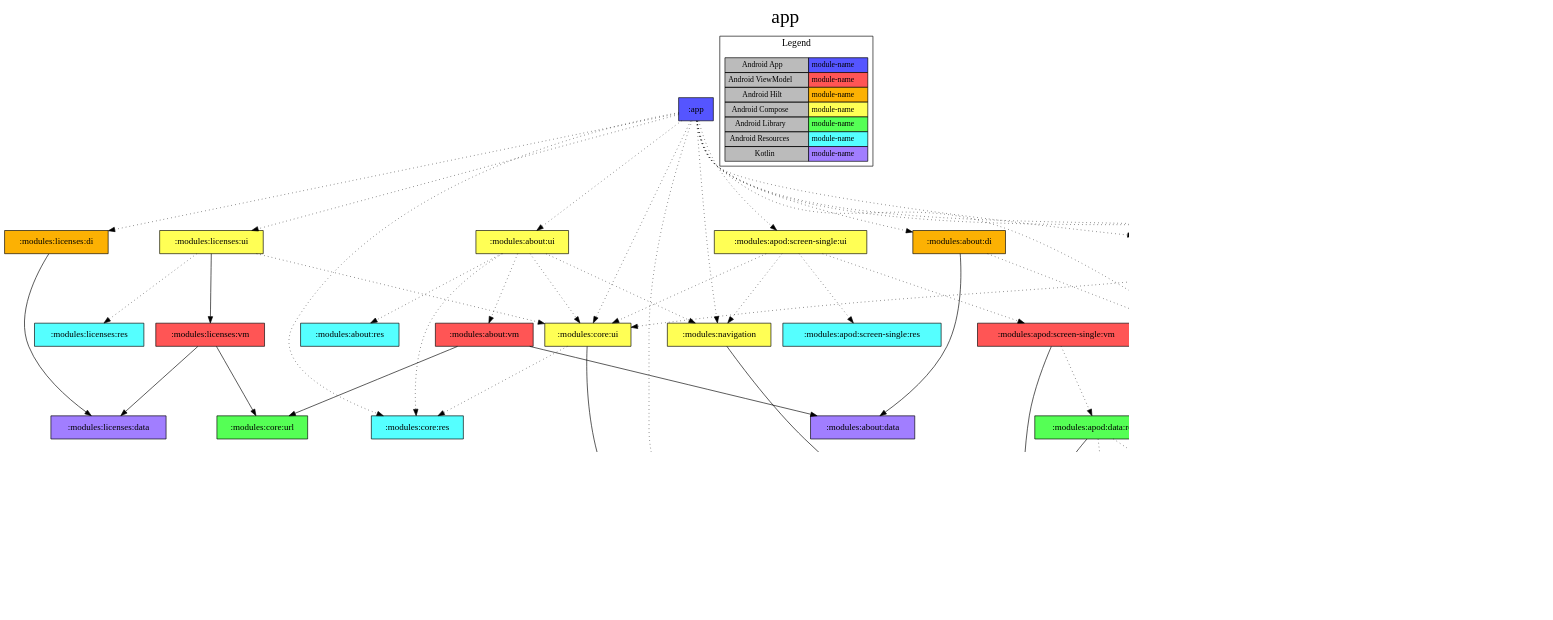
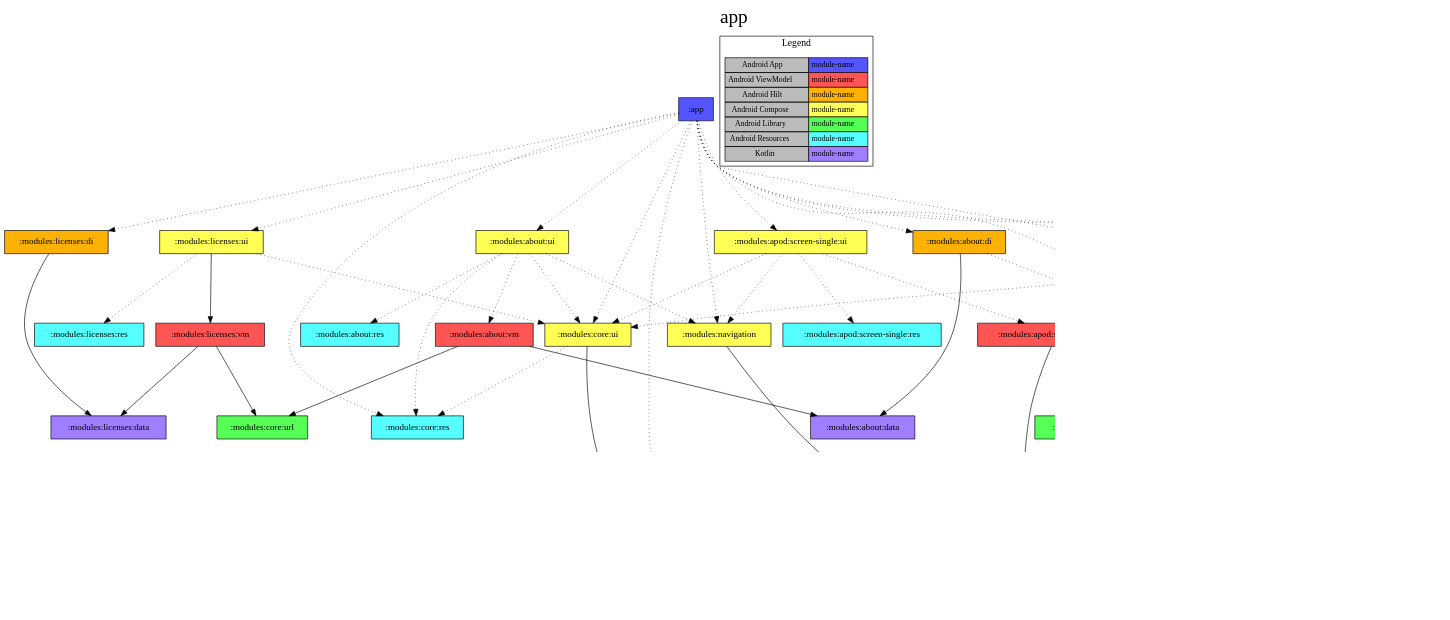
Before and after one commit to jonapoul/nasa-android: the diagram in app/project-dependency-graph.dot, drawn with Graphviz. The commit also changed 38 other files, not shown here.

Commit message:
Merged settings:keys into core:model

```diff
--- a/app/project-dependency-graph.dot
+++ b/app/project-dependency-graph.dot
@@ -1,104 +1,101 @@
 digraph {
 edge ["dir"="forward"]
 graph ["dpi"="100","label"="app","labelloc"="t","fontsize"="30","ranksep"="1.5"]
 node ["style"="filled"]
 ":app" ["shape"="box","fillcolor"="#5555FF"]
 ":modules:about:di" ["fillcolor"="#FCB103","shape"="box"]
 ":modules:about:data" ["fillcolor"="#A17EFF","shape"="box"]
 ":modules:core:http" ["fillcolor"="#A17EFF","shape"="box"]
 ":modules:about:ui" ["fillcolor"="#FFFF55","shape"="box"]
 ":modules:about:res" ["fillcolor"="#55FFFF","shape"="box"]
 ":modules:about:vm" ["fillcolor"="#FF5555","shape"="box"]
 ":modules:core:url" ["fillcolor"="#55FF55","shape"="box"]
 ":modules:core:res" ["fillcolor"="#55FFFF","shape"="box"]
 ":modules:core:ui" ["fillcolor"="#FFFF55","shape"="box"]
 ":modules:core:model" ["fillcolor"="#A17EFF","shape"="box"]
 ":modules:navigation" ["fillcolor"="#FFFF55","shape"="box"]
 ":modules:apod:data:di" ["fillcolor"="#FCB103","shape"="box"]
 ":modules:apod:data:api" ["fillcolor"="#A17EFF","shape"="box"]
 ":modules:apod:data:db" ["fillcolor"="#55FF55","shape"="box"]
 ":modules:apod:screen-single:ui" ["fillcolor"="#FFFF55","shape"="box"]
 ":modules:apod:screen-single:res" ["fillcolor"="#55FFFF","shape"="box"]
 ":modules:apod:screen-single:vm" ["fillcolor"="#FF5555","shape"="box"]
 ":modules:apod:data:repo" ["fillcolor"="#55FF55","shape"="box"]
 ":modules:core:theme" ["fillcolor"="#55FF55","shape"="box"]
-":modules:settings:keys" ["fillcolor"="#55FF55","shape"="box"]
 ":modules:licenses:di" ["fillcolor"="#FCB103","shape"="box"]
 ":modules:licenses:data" ["fillcolor"="#A17EFF","shape"="box"]
 ":modules:licenses:ui" ["fillcolor"="#FFFF55","shape"="box"]
 ":modules:licenses:vm" ["fillcolor"="#FF5555","shape"="box"]
 ":modules:licenses:res" ["fillcolor"="#55FFFF","shape"="box"]
 ":modules:settings:ui" ["fillcolor"="#FFFF55","shape"="box"]
 ":modules:settings:res" ["fillcolor"="#55FFFF","shape"="box"]
 {
 edge ["dir"="none"]
 graph ["rank"="same"]
 ":app"
 }
 subgraph "cluster_legend" {
 edge ["dir"="none"]
 graph ["label"="Legend","fontsize"="15"]
 "Legend" ["style"="filled","fillcolor"="#bbbbbb","shape"="none","margin"="0","fontsize"="12","label"=<
 <TABLE BORDER="0" CELLBORDER="1" CELLSPACING="0" CELLPADDING="4">
 <TR><TD>Android App</TD><TD BGCOLOR="#5555FF">module-name</TD></TR>
 <TR><TD>Android ViewModel</TD><TD BGCOLOR="#FF5555">module-name</TD></TR>
 <TR><TD>Android Hilt</TD><TD BGCOLOR="#FCB103">module-name</TD></TR>
 <TR><TD>Android Compose</TD><TD BGCOLOR="#FFFF55">module-name</TD></TR>
 <TR><TD>Android Library</TD><TD BGCOLOR="#55FF55">module-name</TD></TR>
 <TR><TD>Android Resources</TD><TD BGCOLOR="#55FFFF">module-name</TD></TR>
 <TR><TD>Kotlin</TD><TD BGCOLOR="#A17EFF">module-name</TD></TR>
 </TABLE>
 >]
 }
 ":app" -> ":modules:about:di" ["style"="dotted"]
 ":app" -> ":modules:about:ui" ["style"="dotted"]
 ":app" -> ":modules:apod:data:di" ["style"="dotted"]
 ":app" -> ":modules:apod:screen-single:ui" ["style"="dotted"]
 ":app" -> ":modules:core:http" ["style"="dotted"]
 ":app" -> ":modules:core:model" ["style"="dotted"]
 ":app" -> ":modules:core:res" ["style"="dotted"]
 ":app" -> ":modules:core:theme" ["style"="dotted"]
 ":app" -> ":modules:core:ui" ["style"="dotted"]
 ":app" -> ":modules:licenses:di" ["style"="dotted"]
 ":app" -> ":modules:licenses:ui" ["style"="dotted"]
 ":app" -> ":modules:navigation" ["style"="dotted"]
 ":app" -> ":modules:settings:ui" ["style"="dotted"]
 ":modules:about:di" -> ":modules:about:data"
 ":modules:about:di" -> ":modules:core:http" ["style"="dotted"]
 ":modules:about:ui" -> ":modules:about:res" ["style"="dotted"]
 ":modules:about:ui" -> ":modules:about:vm" ["style"="dotted"]
 ":modules:about:ui" -> ":modules:core:res" ["style"="dotted"]
 ":modules:about:ui" -> ":modules:core:ui" ["style"="dotted"]
 ":modules:about:ui" -> ":modules:navigation" ["style"="dotted"]
 ":modules:about:vm" -> ":modules:about:data"
 ":modules:about:vm" -> ":modules:core:url"
 ":modules:core:ui" -> ":modules:core:model"
 ":modules:core:ui" -> ":modules:core:res" ["style"="dotted"]
 ":modules:navigation" -> ":modules:core:model"
 ":modules:apod:data:di" -> ":modules:apod:data:api"
 ":modules:apod:data:di" -> ":modules:apod:data:db"
 ":modules:apod:data:di" -> ":modules:core:http" ["style"="dotted"]
 ":modules:apod:data:api" -> ":modules:core:model"
 ":modules:apod:data:db" -> ":modules:core:model"
 ":modules:apod:screen-single:ui" -> ":modules:apod:screen-single:res" ["style"="dotted"]
 ":modules:apod:screen-single:ui" -> ":modules:apod:screen-single:vm" ["style"="dotted"]
 ":modules:apod:screen-single:ui" -> ":modules:core:ui" ["style"="dotted"]
 ":modules:apod:screen-single:ui" -> ":modules:navigation" ["style"="dotted"]
 ":modules:apod:screen-single:vm" -> ":modules:core:model"
 ":modules:apod:screen-single:vm" -> ":modules:apod:data:repo" ["style"="dotted"]
 ":modules:apod:data:repo" -> ":modules:core:model"
 ":modules:apod:data:repo" -> ":modules:apod:data:api" ["style"="dotted"]
 ":modules:apod:data:repo" -> ":modules:apod:data:db" ["style"="dotted"]
 ":modules:core:theme" -> ":modules:core:model"
-":modules:core:theme" -> ":modules:settings:keys" ["style"="dotted"]
-":modules:settings:keys" -> ":modules:core:model"
 ":modules:licenses:di" -> ":modules:licenses:data"
 ":modules:licenses:ui" -> ":modules:licenses:vm"
 ":modules:licenses:ui" -> ":modules:licenses:res" ["style"="dotted"]
 ":modules:licenses:ui" -> ":modules:core:ui" ["style"="dotted"]
 ":modules:licenses:vm" -> ":modules:core:url"
 ":modules:licenses:vm" -> ":modules:licenses:data"
+":modules:settings:ui" -> ":modules:core:model"
 ":modules:settings:ui" -> ":modules:core:ui" ["style"="dotted"]
-":modules:settings:ui" -> ":modules:settings:keys" ["style"="dotted"]
 ":modules:settings:ui" -> ":modules:settings:res" ["style"="dotted"]
 }
```
